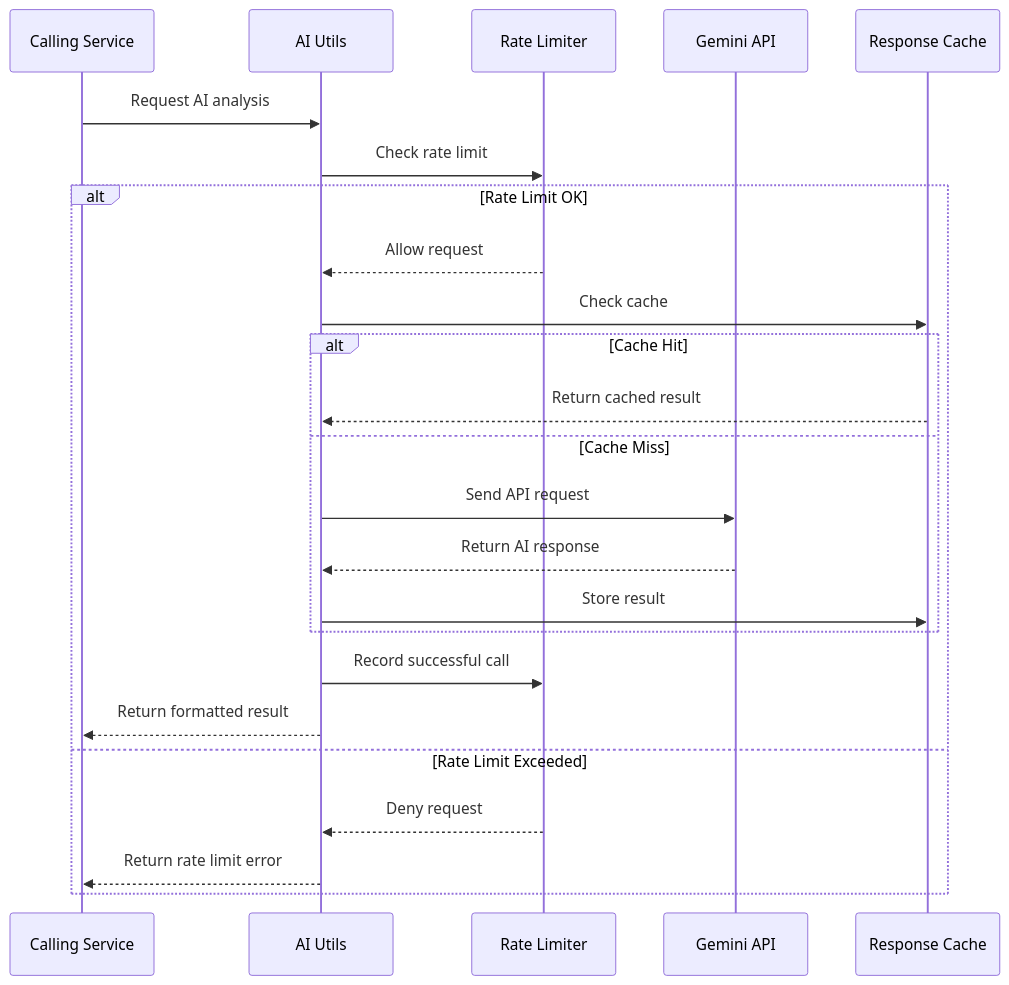
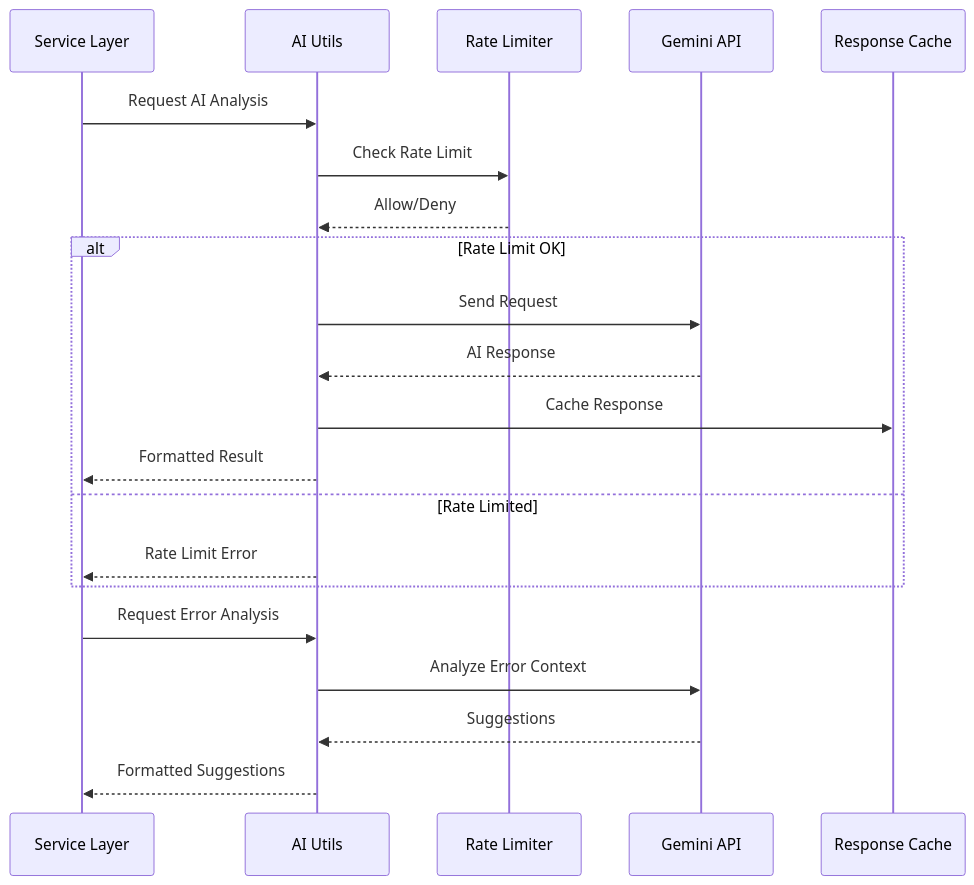
Before and after one commit to sbeeredd04/auto-git: the second of 6 diagrams in gitcue/src/utils/README.md, drawn with Mermaid. The commit also changed other lines of this file and 9 other files, not shown here.

````diff
--- a/gitcue/src/utils/README.md
+++ b/gitcue/src/utils/README.md
@@ -70,30 +80,26 @@
 ```mermaid
 sequenceDiagram
-    participant Client as Calling Service
+    participant Service as Service Layer
     participant AI as AI Utils
     participant Rate as Rate Limiter
     participant Gemini as Gemini API
     participant Cache as Response Cache
     
-    Client->>AI: Request AI analysis
-    AI->>Rate: Check rate limit
+    Service->>AI: Request AI Analysis
+    AI->>Rate: Check Rate Limit
+    Rate-->>AI: Allow/Deny
     
     alt Rate Limit OK
-        Rate-->>AI: Allow request
-        AI->>Cache: Check cache
-        
-        alt Cache Hit
-            Cache-->>AI: Return cached result
-        else Cache Miss
-            AI->>Gemini: Send API request
-            Gemini-->>AI: Return AI response
-            AI->>Cache: Store result
-        end
-        
-        AI->>Rate: Record successful call
-        AI-->>Client: Return formatted result
-    else Rate Limit Exceeded
-        Rate-->>AI: Deny request
-        AI-->>Client: Return rate limit error
+        AI->>Gemini: Send Request
+        Gemini-->>AI: AI Response
+        AI->>Cache: Cache Response
+        AI-->>Service: Formatted Result
+    else Rate Limited
+        AI-->>Service: Rate Limit Error
     end
+    
+    Service->>AI: Request Error Analysis
+    AI->>Gemini: Analyze Error Context
+    Gemini-->>AI: Suggestions
+    AI-->>Service: Formatted Suggestions
 ```
````
